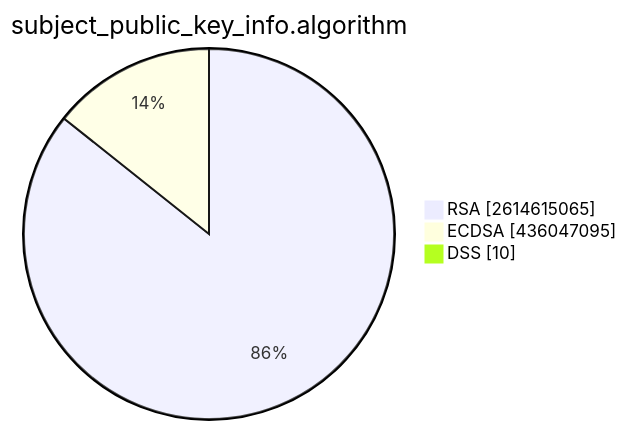
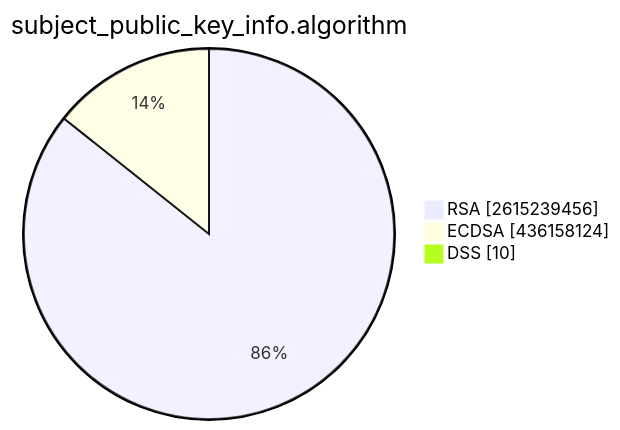
Before and after one commit to christiankrug/ctmonitor_visualization: the second of 15 diagrams in TOTAL/README.md, drawn with Mermaid. The commit also changed other lines of this file, not shown here.

````diff
--- a/TOTAL/README.md
+++ b/TOTAL/README.md
@@ -6,7 +6,7 @@
 ```mermaid
 pie showData
 title subject_public_key_info.algorithm
-"RSA" :2614615065
-"ECDSA" :436047095
+"RSA" :2615239456
+"ECDSA" :436158124
 "DSS" :10
 ```
````
